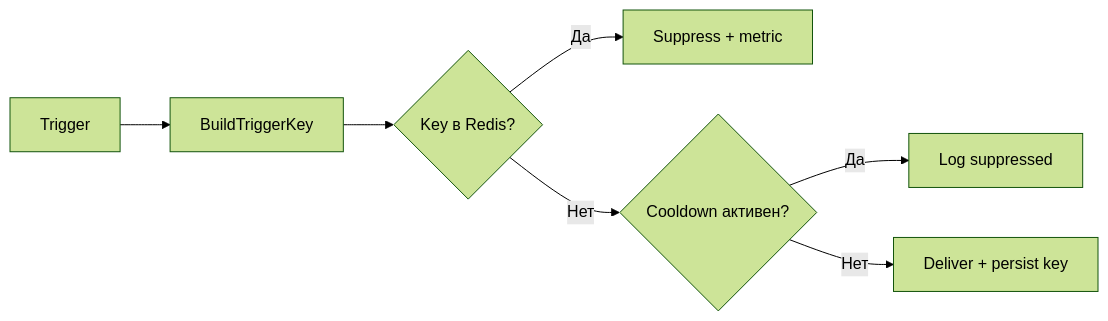
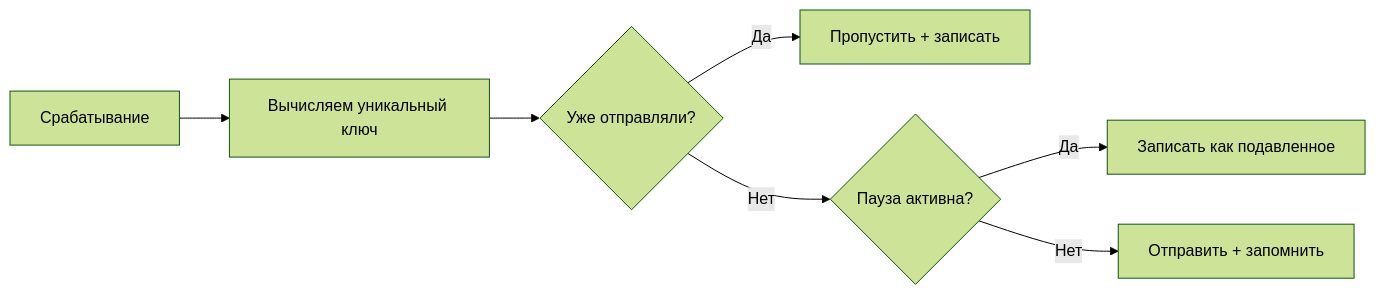
The fifth of 7 diagrams in docs/architecture/architecture-deck.md (MarchenkoRuslan/alarm_system), drawn with Mermaid (forest theme) before and after one commit. The commit also changed other lines of this file, not shown here.

Commit message:
Translate architecture documentation to Russian and update terminology for clarity and consistency.

````diff
--- a/docs/architecture/architecture-deck.md
+++ b/docs/architecture/architecture-deck.md
@@ -243,9 +242,9 @@
 ```mermaid
 flowchart LR
-  T[Trigger] --> K[BuildTriggerKey]
-  K --> R{Key в Redis?}
-  R -->|Да| Skip[Suppress + metric]
-  R -->|Нет| CD{Cooldown активен?}
-  CD -->|Да| Log[Log suppressed]
-  CD -->|Нет| Send[Deliver + persist key]
+  T[Срабатывание] --> K[Вычисляем уникальный ключ]
+  K --> R{Уже отправляли?}
+  R -->|Да| Skip[Пропустить + записать]
+  R -->|Нет| CD{Пауза активна?}
+  CD -->|Да| Log[Записать как подавленное]
+  CD -->|Нет| Send[Отправить + запомнить]
 ```
````
